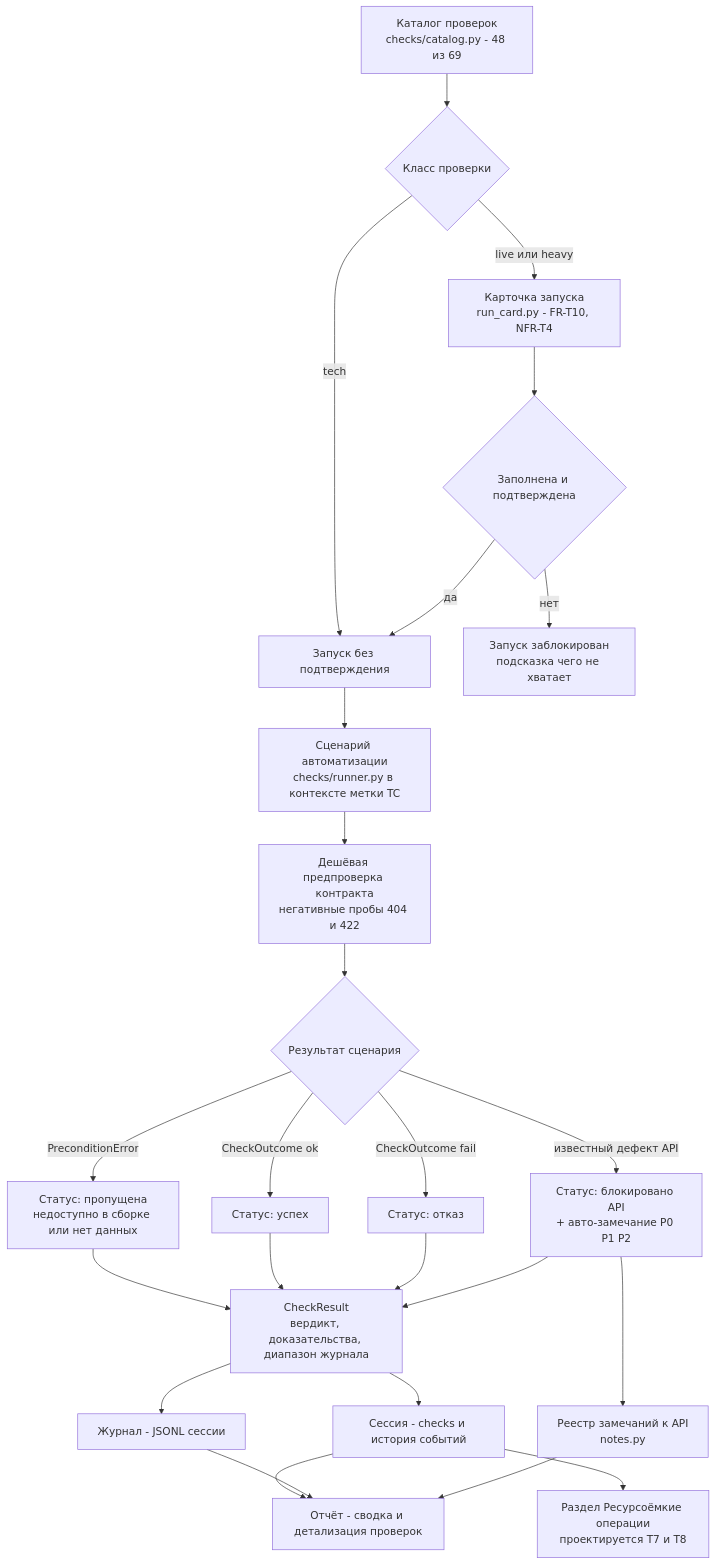
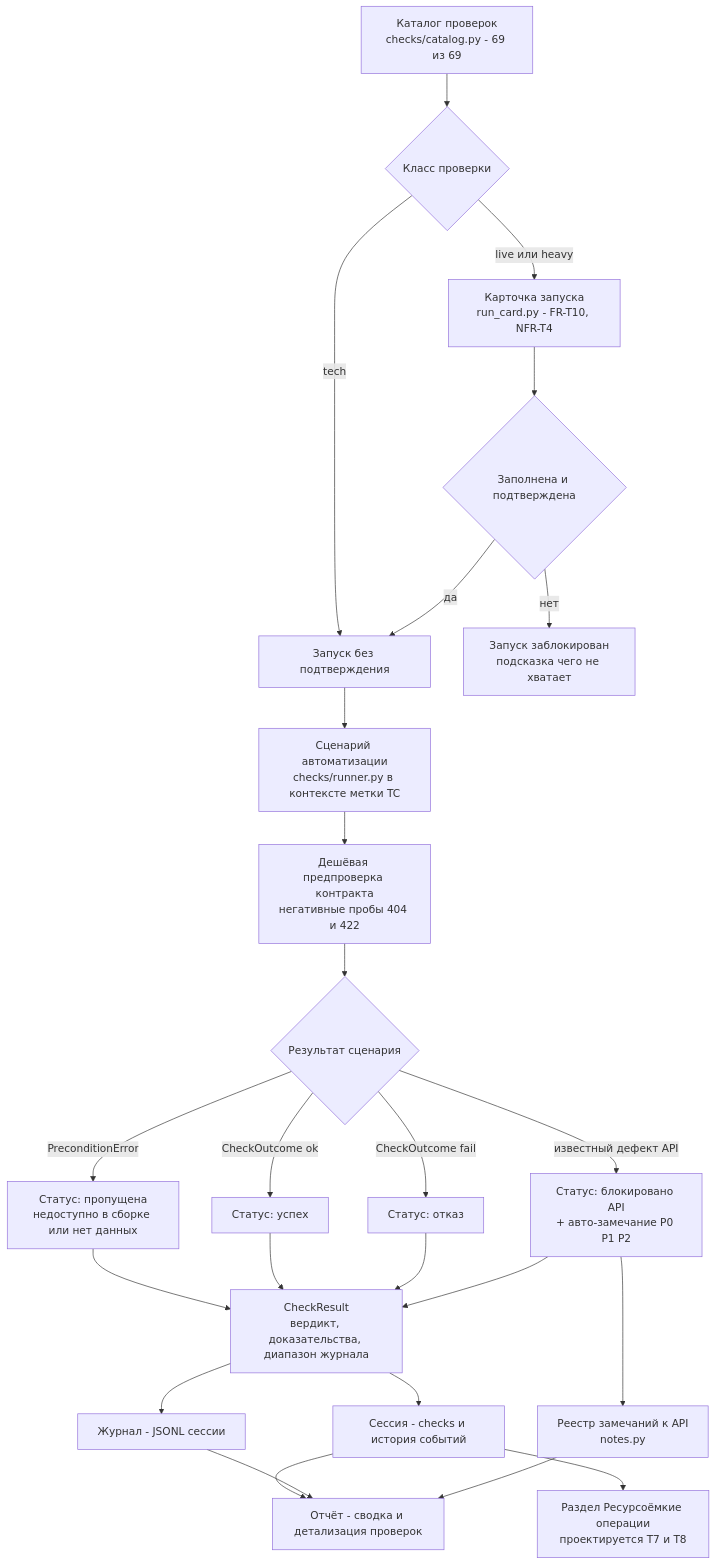
The fifth of 10 diagrams in docs/12. Руководство пользователя пульта испытаний (функционал и правила).md (kiselevsl77-dot/TrainingServerAcceptance), drawn with Mermaid before and after one commit. The commit also changed other lines of this file and 12 other files, not shown here.

````diff
--- a/docs/12. Руководство пользователя пульта испытаний (функционал и правила).md
+++ b/docs/12. Руководство пользователя пульта испытаний (функционал и правила).md
@@ -530,27 +530,27 @@
 ```mermaid
 flowchart TD
-    A["Каталог проверок<br/>checks/catalog.py - 48 из 69"] --> B{"Класс проверки"}
+    A["Каталог проверок<br/>checks/catalog.py - 69 из 69"] --> B{"Класс проверки"}
     B -->|tech| C["Запуск без подтверждения"]
     B -->|live или heavy| D["Карточка запуска<br/>run_card.py - FR-T10, NFR-T4"]
     D --> E{"Заполнена и подтверждена"}
     E -->|нет| F["Запуск заблокирован<br/>подсказка чего не хватает"]
     E -->|да| C
     C --> G["Сценарий автоматизации<br/>checks/runner.py в контексте метки TC"]
     G --> H["Дешёвая предпроверка контракта<br/>негативные пробы 404 и 422"]
     H --> I{"Результат сценария"}
     I -->|PreconditionError| J["Статус: пропущена<br/>недоступно в сборке или нет данных"]
     I -->|CheckOutcome ok| K["Статус: успех"]
     I -->|CheckOutcome fail| L["Статус: отказ"]
     I -->|известный дефект API| M["Статус: блокировано API<br/>+ авто-замечание P0 P1 P2"]
     J --> N["CheckResult<br/>вердикт, доказательства, диапазон журнала"]
     K --> N
     L --> N
     M --> N
     N --> O["Сессия - checks и история событий"]
     N --> P["Журнал - JSONL сессии"]
     O --> Q["Отчёт - сводка и детализация проверок"]
     P --> Q
     O --> R["Раздел Ресурсоёмкие операции<br/>проектируется T7 и T8"]
     M --> S["Реестр замечаний к API<br/>notes.py"]
     S --> Q
 ```
````
